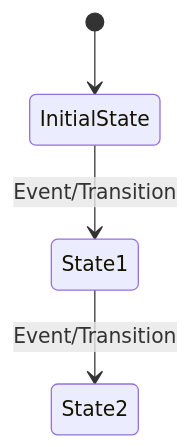
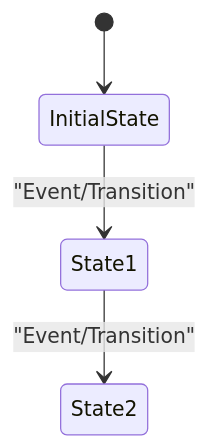
The diagram in skills/spec-usecase-engineering/SKILL.md (gintatkinson/digital-pipeline-repo), drawn with Mermaid before and after one commit. The commit also changed 10 other files, not shown here.

````diff
--- a/skills/spec-usecase-engineering/SKILL.md
+++ b/skills/spec-usecase-engineering/SKILL.md
@@ -122,6 +122,6 @@
 ```mermaid
 stateDiagram-v2
     [*] --> InitialState
-    InitialState --> State1 : Event/Transition
-    State1 --> State2 : Event/Transition
+    InitialState --> State1 : "Event/Transition"
+    State1 --> State2 : "Event/Transition"
 ```
````
